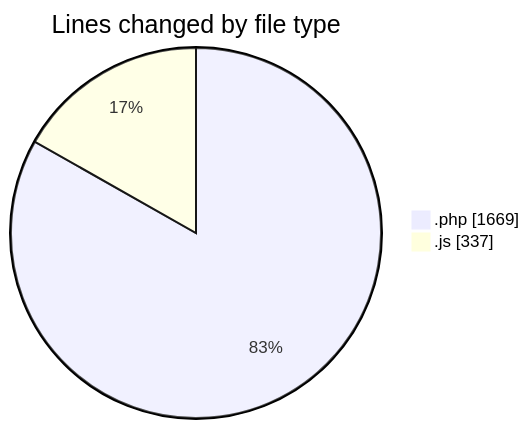
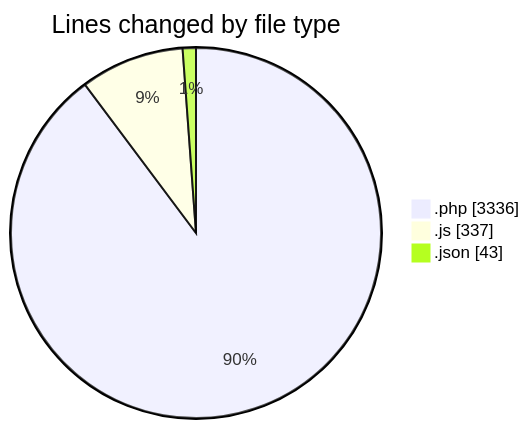
Before and after one commit to debugP/code-tracking: the first of 2 diagrams in 2025-08-25/woocommerce-custom-product-bundles/README.md, drawn with Mermaid. The commit also changed other lines of this file and 1 other file, not shown here.

````diff
--- a/2025-08-25/woocommerce-custom-product-bundles/README.md
+++ b/2025-08-25/woocommerce-custom-product-bundles/README.md
@@ -21,6 +22,7 @@
 ```mermaid
 pie showData
 title Lines changed by file type
-".php" : 1669
+".php" : 3336
 ".js" : 337
+".json" : 43
 ```
````
